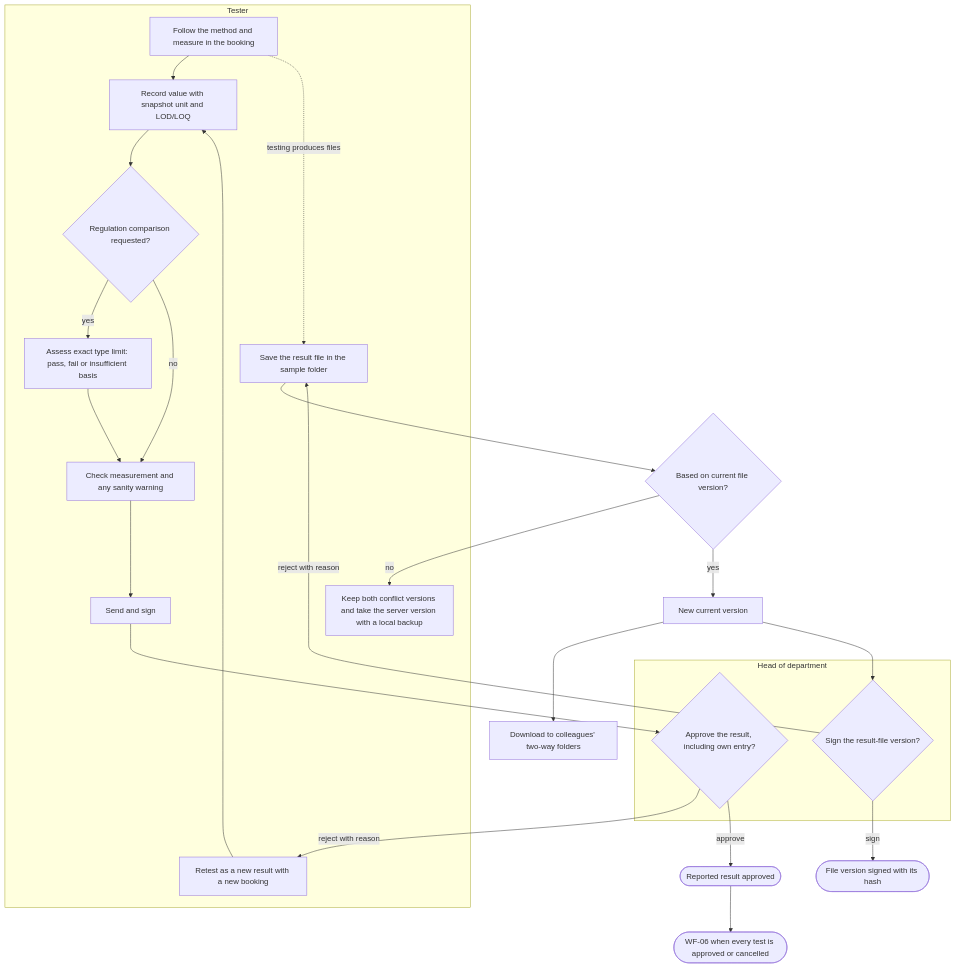
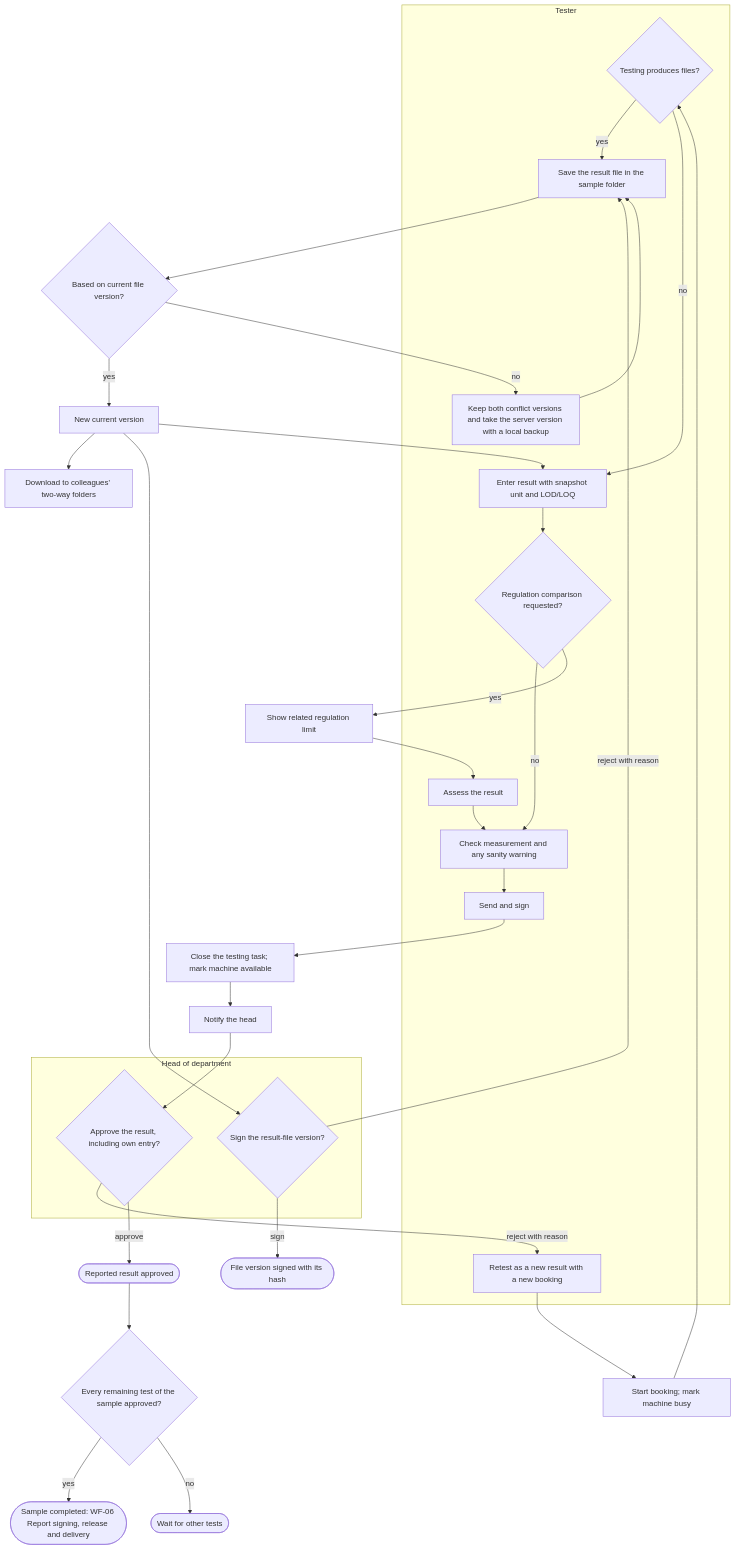
The fourth of 17 diagrams in docs/functional/business-flows.md (SoltuneMontepre/medilab), drawn with Mermaid before and after one commit. The commit also changed other lines of this file and 2 other files, not shown here.

Commit message:
[docs] Put result files on the main path of result entry and mark the machine busy while it is booked

````diff
--- a/docs/functional/business-flows.md
+++ b/docs/functional/business-flows.md
@@ -202,28 +202,35 @@
 ```mermaid
 flowchart TD
     subgraph lane10 ["Tester"]
-        t1[Follow the method and measure in the booking] --> t2[Record value with snapshot unit and LOD/LOQ]
+        files{Testing produces files?}
+        t2[Enter result with snapshot unit and LOD/LOQ]
         t2 --> q{Regulation comparison requested?}
-        q -->|yes| t3[Assess exact type limit: pass, fail or insufficient basis]
+        t3[Assess the result]
         q -->|no| t4[Check measurement and any sanity warning]
         t3 --> t4 --> t5[Send and sign]
         t6[Retest as a new result with a new booking]
         f1[Save the result file in the sample folder]
         f2[Keep both conflict versions and take the server version with a local backup]
     end
     subgraph lane11 ["Head of department"]
         h1{Approve the result, including own entry?}
         h2{Sign the result-file version?}
     end
-    t1 -.->|testing produces files| f1 --> current{Based on current file version?}
+    start[Start booking; mark machine busy] --> files
+    files -->|yes| f1 --> current{Based on current file version?}
+    files -->|no| t2
     current -->|yes| version[New current version]
-    current -->|no| f2
+    current -->|no| f2 --> f1
+    version --> t2
     version --> others[Download to colleagues' two-way folders]
     version --> h2
     h2 -->|reject with reason| f1
     h2 -->|sign| signedfile([File version signed with its hash])
-    t5 --> h1
-    h1 -->|reject with reason| t6 --> t2
+    q -->|yes| limit[Show related regulation limit] --> t3
+    t5 --> free[Close the testing task; mark machine available] --> notify[Notify the head] --> h1
+    h1 -->|reject with reason| t6 --> start
     h1 -->|approve| done([Reported result approved])
-    done --> wf06([WF-06 when every test is approved or cancelled])
+    done --> every{Every remaining test of the sample approved?}
+    every -->|yes| wf06([Sample completed: WF-06 Report signing, release and delivery])
+    every -->|no| wait([Wait for other tests])
 ```
````
